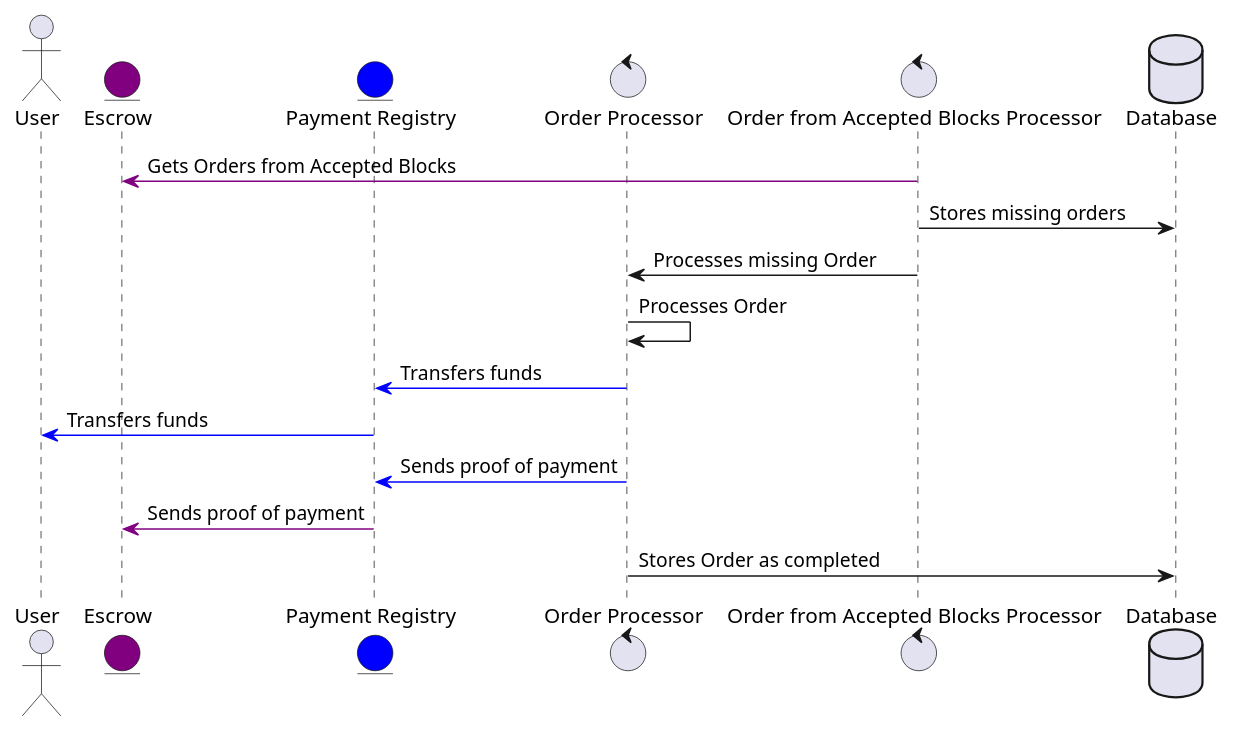
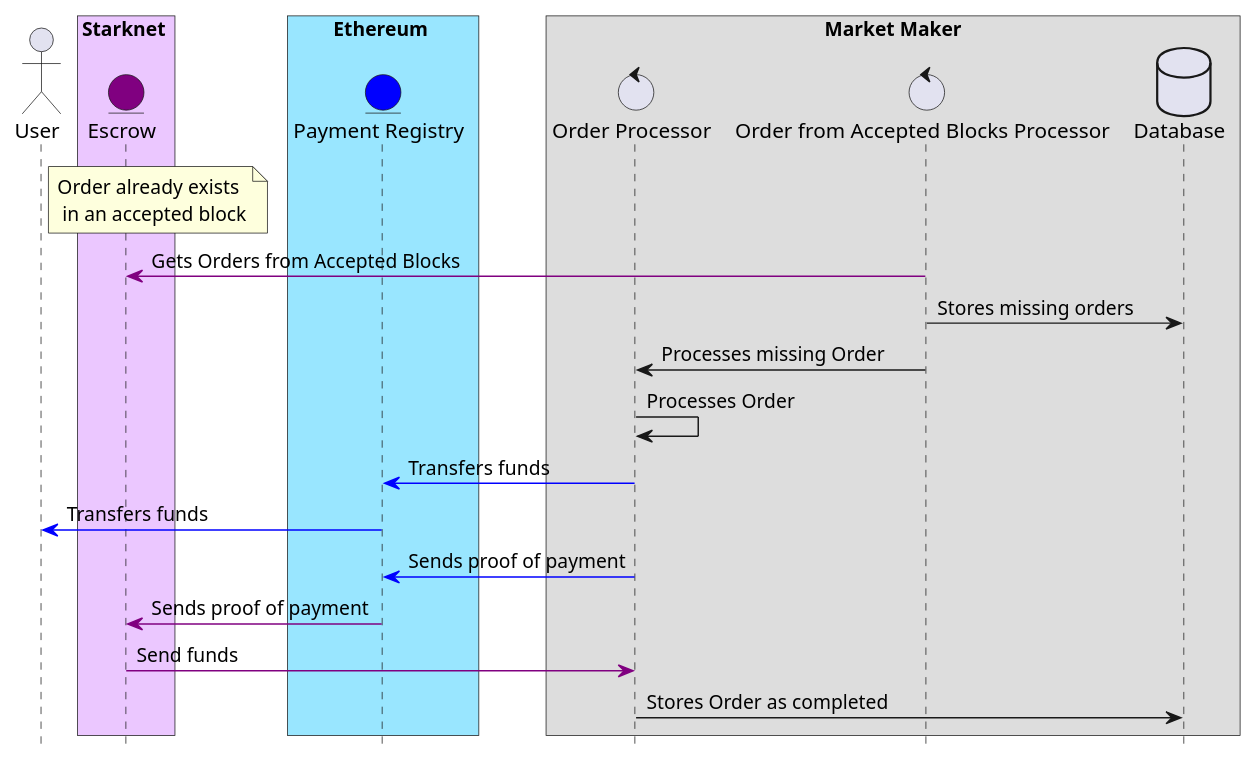
Before and after one commit to yetanotherco/yet-another-bridge: the diagram in mm-bot/docs/diagrams/accepted_blocks.puml, drawn with PlantUML. The commit also changed 5 other files, not shown here.

Commit message:
docs(mm-bot): improve sequence diagrams

```diff
--- a/mm-bot/docs/diagrams/accepted_blocks.puml
+++ b/mm-bot/docs/diagrams/accepted_blocks.puml
@@ -1,19 +1,31 @@
 @startuml
+hide footbox
 actor User as U
+box Starknet #ebc7ff
 entity Escrow as E #purple
+end box
+box Ethereum #99e6ff
 entity "Payment Registry" as PR #blue
+end box
+box "Market Maker"
 control "Order Processor" as OP
 control "Order from Accepted Blocks Processor" as ABP
 database Database
+end box
 
+note right of U
+    Order already exists
+     in an accepted block
+end note
 ABP -[#purple]> E : Gets Orders from Accepted Blocks
 ABP -> Database : Stores missing orders
 ABP -> OP : Processes missing Order
 OP -> OP : Processes Order
 OP -[#blue]> PR : Transfers funds
 PR -[#blue]> U: Transfers funds
 OP -[#blue]> PR : Sends proof of payment
 PR -[#purple]> E : Sends proof of payment
+E -[#purple]> OP : Send funds
 OP -> Database : Stores Order as completed
 
 @enduml
```
